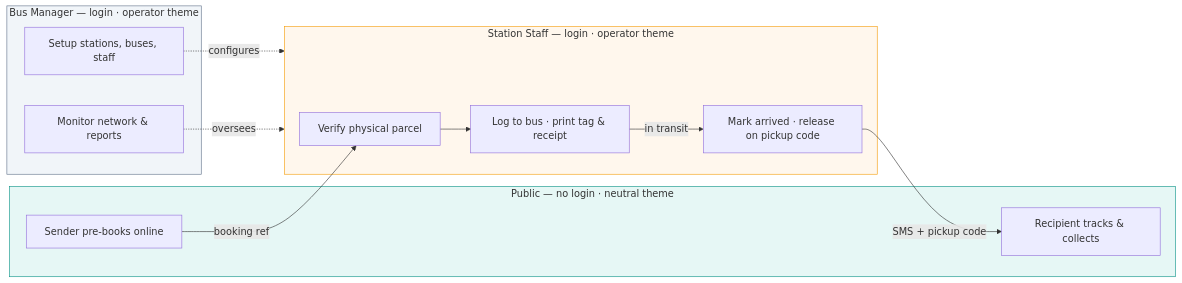
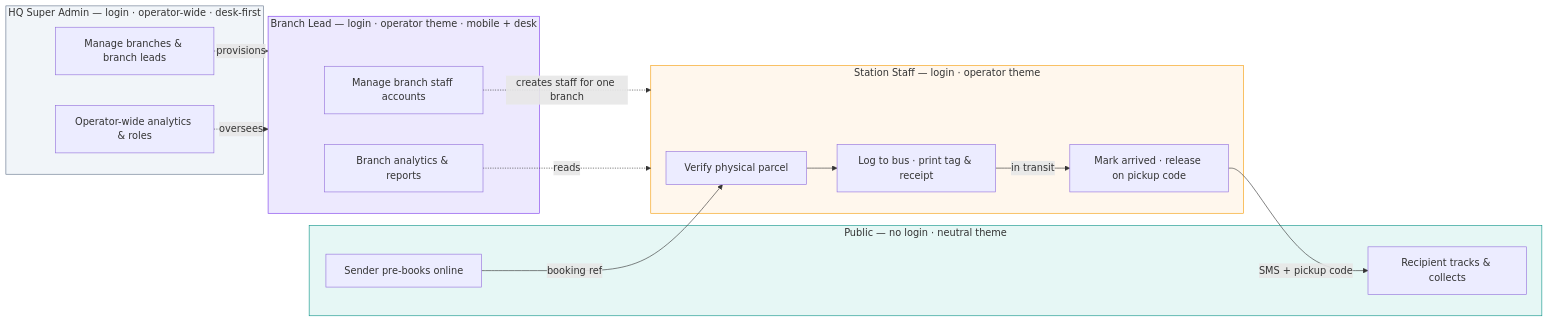
One commit to CongoMusahAdama/parcela changed the first of 9 diagrams in IMPLEMENTATION_TASKS.md. Above: the diagram before and after it, drawn with Mermaid. The commit also changed other lines of this file and 226 other files, not shown here.

First line of the commit message:
Add HQ, staff, and lead portals with operator-scoped live APIs.

````diff
--- a/IMPLEMENTATION_TASKS.md
+++ b/IMPLEMENTATION_TASKS.md
@@ -27,29 +27,37 @@
 ```mermaid
 flowchart LR
     subgraph PUBLIC["Public — no login · neutral theme"]
         S1[Sender pre-books online]
         R1[Recipient tracks & collects]
     end
 
     subgraph STAFF["Station Staff — login · operator theme"]
         ST1[Verify physical parcel]
         ST2[Log to bus · print tag & receipt]
         ST3[Mark arrived · release on pickup code]
     end
 
-    subgraph MGR["Bus Manager — login · operator theme"]
-        M1[Setup stations, buses, staff]
-        M2[Monitor network & reports]
+    subgraph LEAD["Branch Lead — login · operator theme · mobile + desk"]
+        L1[Manage branch staff accounts]
+        L2[Branch analytics & reports]
+    end
+
+    subgraph ADM["HQ Super Admin — login · operator-wide · desk-first"]
+        A1[Manage branches & branch leads]
+        A2[Operator-wide analytics & roles]
     end
 
     S1 -->|booking ref| ST1
     ST1 --> ST2
     ST2 -->|in transit| ST3
     ST3 -->|SMS + pickup code| R1
-    M1 -.->|configures| STAFF
-    M2 -.->|oversees| STAFF
+    L1 -.->|creates staff for one branch| STAFF
+    L2 -.->|reads| STAFF
+    A1 -.->|provisions| LEAD
+    A2 -.->|oversees| LEAD
 
     style PUBLIC fill:#e6f7f5,stroke:#0D9488
     style STAFF fill:#fff7ed,stroke:#F59E0B
-    style MGR fill:#f1f5f9,stroke:#64748B
+    style LEAD fill:#ede9fe,stroke:#7c3aed
+    style ADM fill:#f1f5f9,stroke:#64748B
 ```
````
